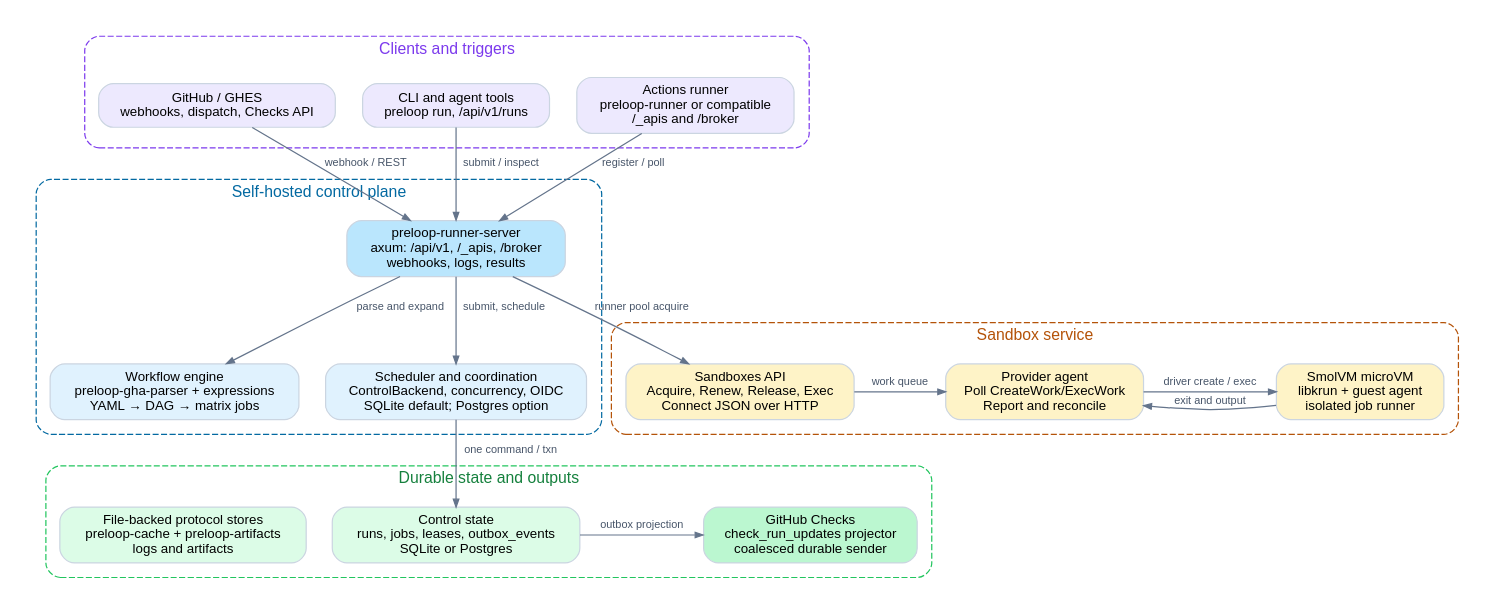
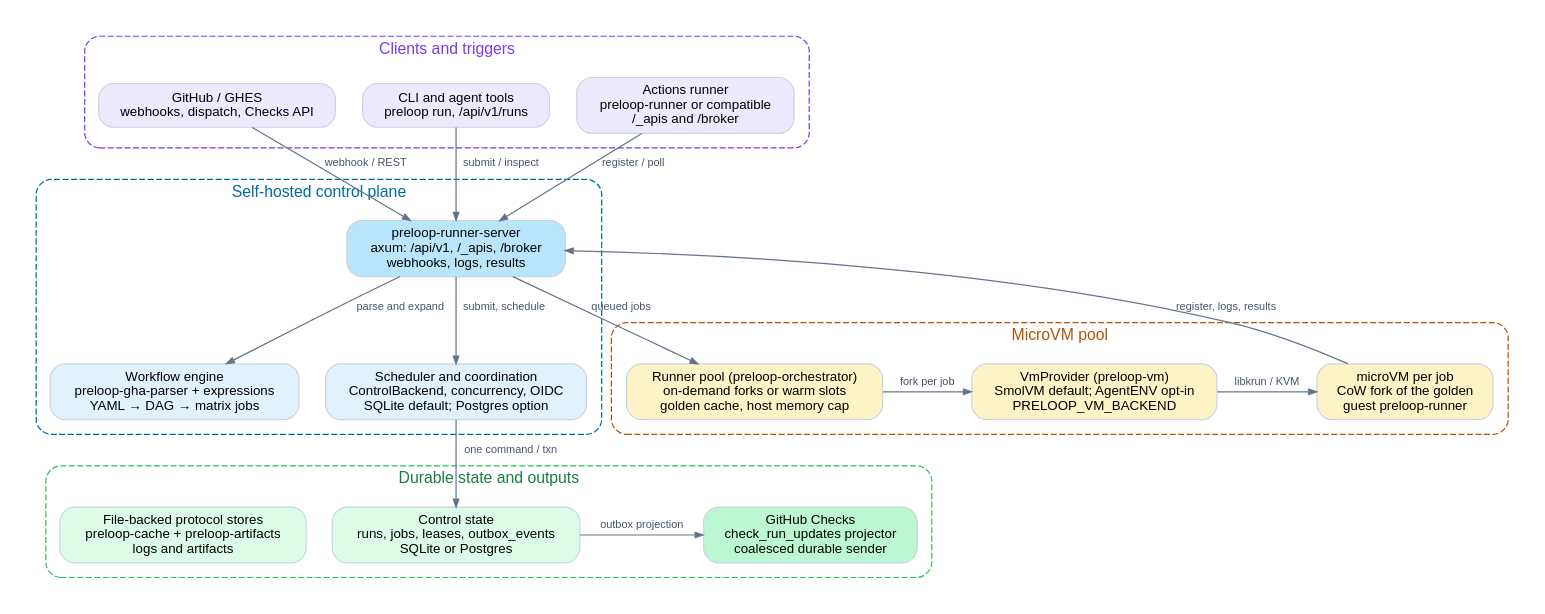
Before and after one commit to preloopdev/preloop: the diagram in docs/diagrams/system-overview.dot, drawn with Graphviz. The commit also changed 56 other files, not shown here.

```diff
--- a/docs/diagrams/system-overview.dot
+++ b/docs/diagrams/system-overview.dot
@@ -1,49 +1,49 @@
 digraph system_overview {
   graph [rankdir=TB, bgcolor="white", splines=spline, nodesep=0.3, ranksep=0.55, fontname="Helvetica", newrank=true, pad=0.2];
   node  [shape=box, style="rounded,filled", fontname="Helvetica", fontsize=11, fillcolor="#f8fafc", color="#cbd5e1", margin="0.12,0.07"];
   edge  [color="#64748b", arrowsize=0.65, fontname="Helvetica", fontsize=9, fontcolor="#475569"];
 
   subgraph cluster_clients {
     label="Clients and triggers"; fontsize=13; fontcolor="#7c3aed"; style="rounded,dashed"; color="#7c3aed"; margin=12;
     github [label="GitHub / GHES\nwebhooks, dispatch, Checks API", fillcolor="#ede9fe"];
     cli    [label="CLI and agent tools\npreloop run, /api/v1/runs", fillcolor="#ede9fe"];
     runner [label="Actions runner\npreloop-runner or compatible\n/_apis and /broker", fillcolor="#ede9fe"];
     { rank=same; github; cli; runner; }
   }
 
   subgraph cluster_cp {
     label="Self-hosted control plane"; fontsize=13; fontcolor="#0369a1"; style="rounded,dashed"; color="#0369a1"; margin=12;
     server [label="preloop-runner-server\naxum: /api/v1, /_apis, /broker\nwebhooks, logs, results", fillcolor="#bae6fd"];
     workflow [label="Workflow engine\npreloop-gha-parser + expressions\nYAML → DAG → matrix jobs", fillcolor="#e0f2fe"];
     coord [label="Scheduler and coordination\nControlBackend, concurrency, OIDC\nSQLite default; Postgres option", fillcolor="#e0f2fe"];
     { rank=same; workflow; coord; }
   }
 
-  subgraph cluster_sandbox {
-    label="Sandbox service"; fontsize=13; fontcolor="#b45309"; style="rounded,dashed"; color="#b45309"; margin=12;
-    sandbox [label="Sandboxes API\nAcquire, Renew, Release, Exec\nConnect JSON over HTTP", fillcolor="#fef3c7"];
-    provider [label="Provider agent\nPoll CreateWork/ExecWork\nReport and reconcile", fillcolor="#fef3c7"];
-    vm [label="SmolVM microVM\nlibkrun + guest agent\nisolated job runner", fillcolor="#fef3c7"];
-    { rank=same; sandbox; provider; vm; }
+  subgraph cluster_pool {
+    label="MicroVM pool"; fontsize=13; fontcolor="#b45309"; style="rounded,dashed"; color="#b45309"; margin=12;
+    pool [label="Runner pool (preloop-orchestrator)\non-demand forks or warm slots\ngolden cache, host memory cap", fillcolor="#fef3c7"];
+    provider [label="VmProvider (preloop-vm)\nSmolVM default; AgentENV opt-in\nPRELOOP_VM_BACKEND", fillcolor="#fef3c7"];
+    vm [label="microVM per job\nCoW fork of the golden\nguest preloop-runner", fillcolor="#fef3c7"];
+    { rank=same; pool; provider; vm; }
   }
 
   subgraph cluster_storage {
     label="Durable state and outputs"; fontsize=13; fontcolor="#15803d"; style="rounded,dashed"; color="#22c55e"; margin=12;
     db [label="Control state\nruns, jobs, leases, outbox_events\nSQLite or Postgres", fillcolor="#dcfce7"];
     blobs [label="File-backed protocol stores\npreloop-cache + preloop-artifacts\nlogs and artifacts", fillcolor="#dcfce7"];
     checks [label="GitHub Checks\ncheck_run_updates projector\ncoalesced durable sender", fillcolor="#bbf7d0"];
     { rank=same; db; blobs; checks; }
   }
 
   github -> server [label="webhook / REST"];
   cli -> server [label="submit / inspect"];
   runner -> server [label="register / poll"];
   server -> workflow [label="parse and expand"];
   server -> coord [label="submit, schedule"];
   coord -> db [label="one command / txn"];
-  server -> sandbox [label="runner pool acquire"];
-  sandbox -> provider [label="work queue"];
-  provider -> vm [label="driver create / exec"];
-  vm -> provider [label="exit and output", constraint=false];
+  server -> pool [label="queued jobs"];
+  pool -> provider [label="fork per job"];
+  provider -> vm [label="libkrun / KVM"];
+  vm -> server [label="register, logs, results", constraint=false];
   db -> checks [label="outbox projection"];
 }
```
